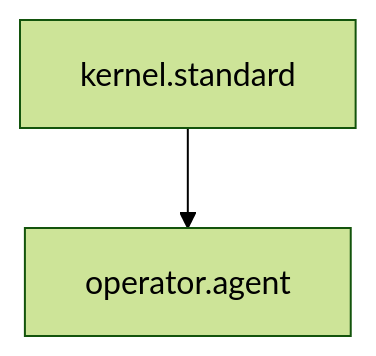
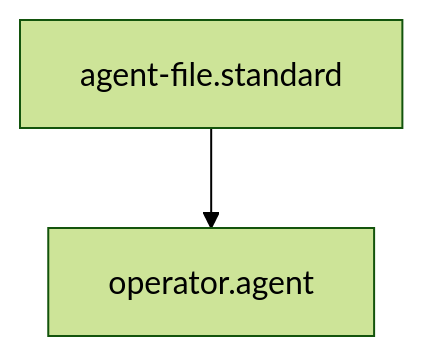
Before and after one commit to Gizmo4Life/ai-kernel: the diagram in agents/operator.agent.md, drawn with Mermaid (forest theme). The commit also changed other lines of this file and 89 other files, not shown here.

````diff
--- a/agents/operator.agent.md
+++ b/agents/operator.agent.md
@@ -25,4 +25,4 @@
 ```mermaid
 graph TD
-    kernel.standard --> operator.agent
+    agent-file.standard --> operator.agent
 ```
````
